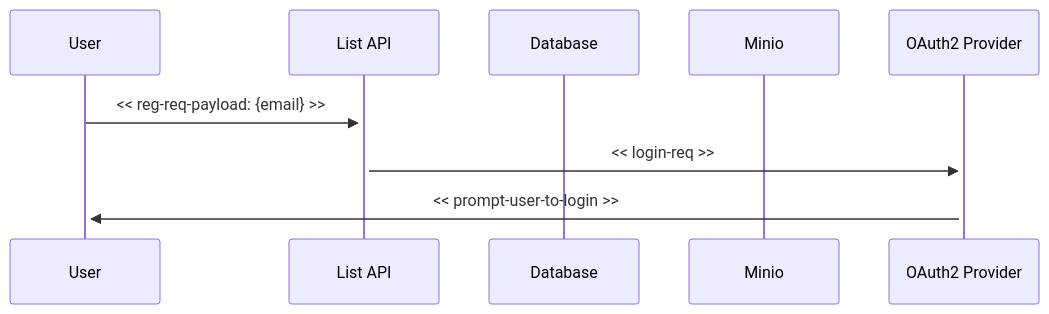
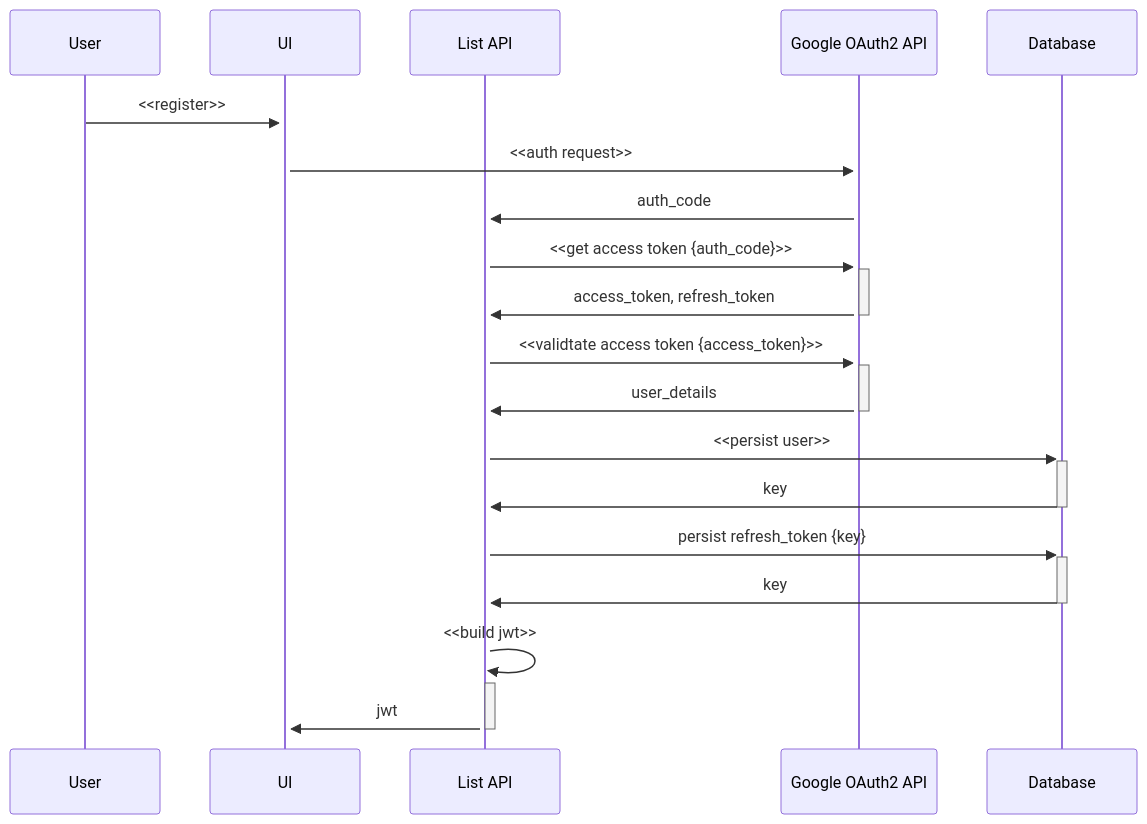
The second of 2 diagrams in README.md (stiproot/ggl-assessment), drawn with Mermaid before and after one commit. The commit also changed other lines of this file and 10 other files, not shown here.

````diff
--- a/README.md
+++ b/README.md
@@ -78,14 +88,24 @@
 ```mermaid
 sequenceDiagram
 
   participant usr as User
+  participant ui as UI
   participant lstApi as List API
+  participant google as Google OAuth2 API
   participant db as Database
-  participant files as Minio
-  participant oauth2 as OAuth2 Provider
 
-  usr ->>+ lstApi: << reg-req-payload: {email} >>
-  lstApi ->>+ oauth2: << login-req >>
-  oauth2 ->>+ usr: << prompt-user-to-login >>
+  usr ->>+ ui: <<register>>
+  ui ->>+ google: <<auth request>>
+  google ->>+ lstApi: auth_code
+  lstApi ->>+ google: <<get access token {auth_code}>>
+  google ->>- lstApi: access_token, refresh_token
+  lstApi ->>+ google: <<validtate access token {access_token}>>
+  google ->>- lstApi: user_details
+  lstApi ->>+ db: <<persist user>>
+  db ->>- lstApi: key
+  lstApi ->>+ db: persist refresh_token {key}
+  db ->>- lstApi: key
+  lstApi ->>+ lstApi: <<build jwt>>
+  lstApi ->>- ui: jwt
 
 ```
````
